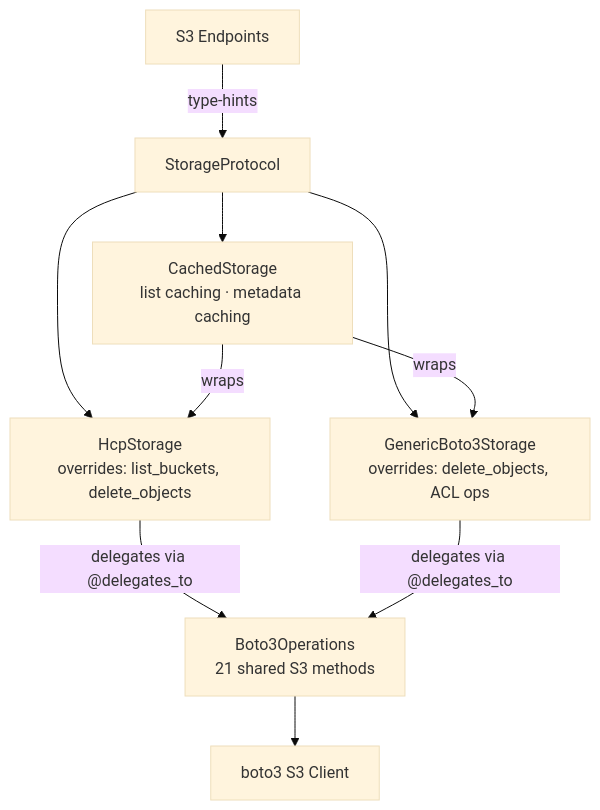
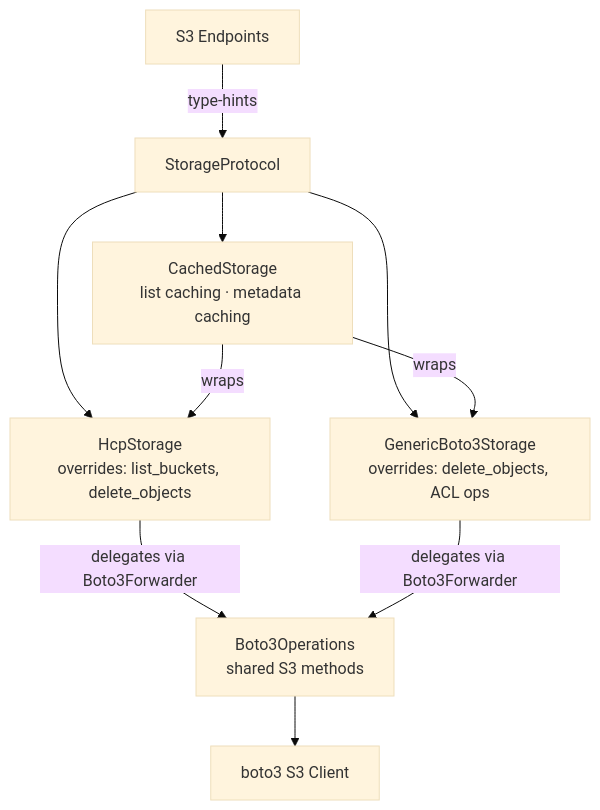
One commit to AI-Riksarkivet/ra-hcp changed the diagram in docs/architecture/storage.md. Above: the diagram before and after it, drawn with Mermaid (base theme). The commit also changed other lines of this file and 17 other files, not shown here.

````diff
--- a/docs/architecture/storage.md
+++ b/docs/architecture/storage.md
@@ -5,16 +5,16 @@
 ```mermaid
 graph TD
     EP["S3 Endpoints"] -->|"type-hints"| SP["StorageProtocol"]
 
     SP --> CACHED["CachedStorage<br/>list caching · metadata caching"]
     SP --> HCP_A["HcpStorage<br/>overrides: list_buckets, delete_objects"]
     SP --> GEN["GenericBoto3Storage<br/>overrides: delete_objects, ACL ops"]
 
     CACHED -->|"wraps"| HCP_A
     CACHED -->|"wraps"| GEN
 
-    HCP_A -->|"delegates via @delegates_to"| OPS["Boto3Operations<br/>21 shared S3 methods"]
-    GEN -->|"delegates via @delegates_to"| OPS
+    HCP_A -->|"delegates via Boto3Forwarder"| OPS["Boto3Operations<br/>shared S3 methods"]
+    GEN -->|"delegates via Boto3Forwarder"| OPS
 
     OPS --> CLIENT["boto3 S3 Client"]
 ```
````
